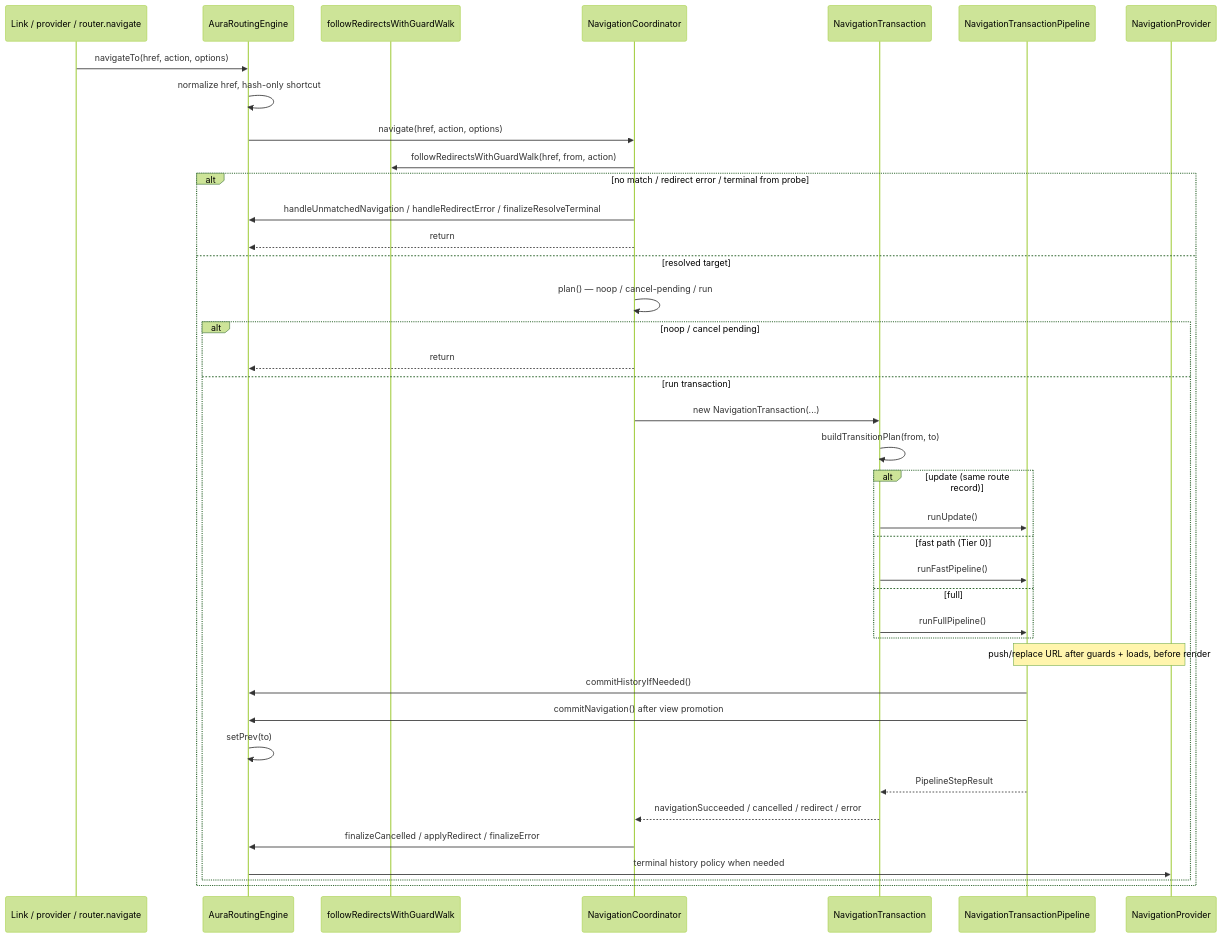
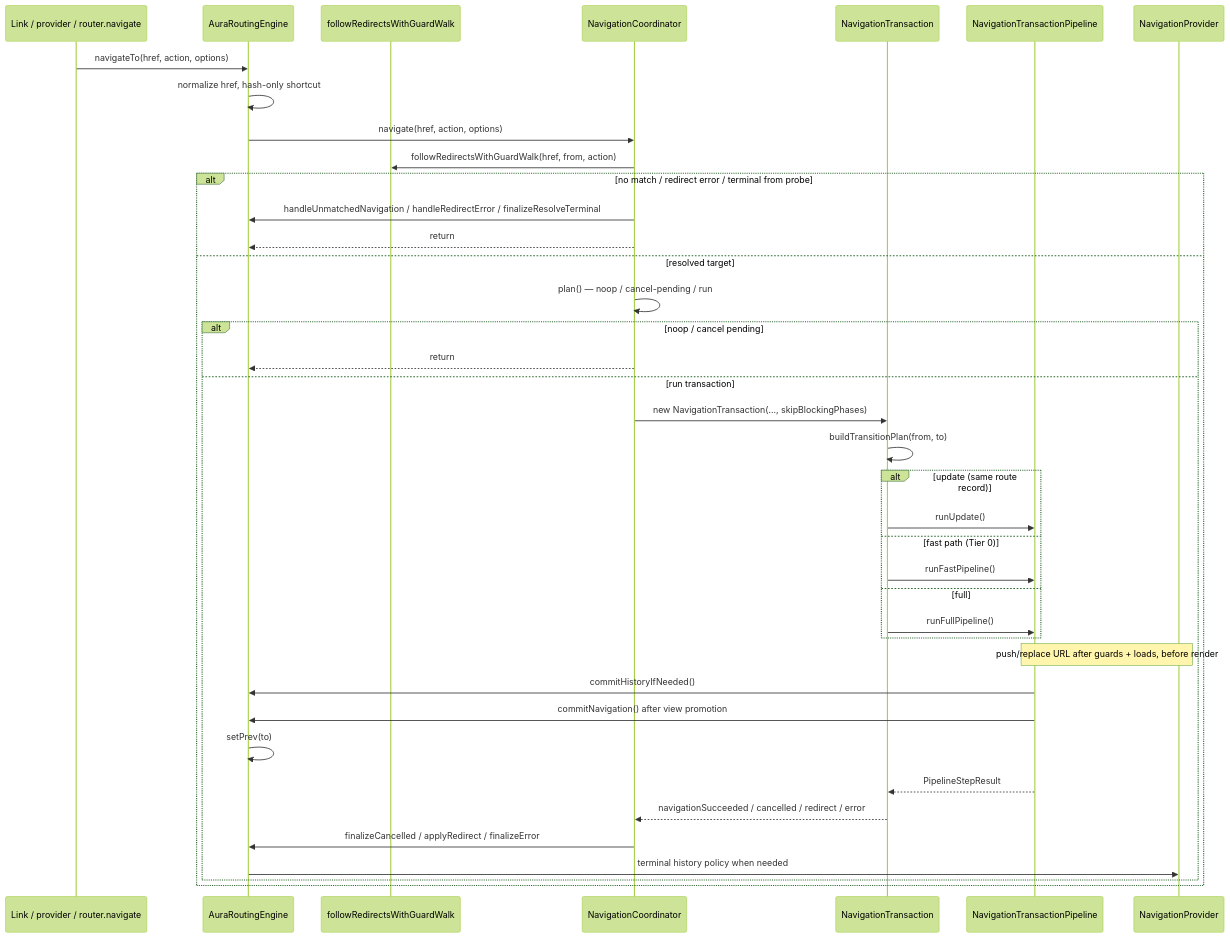
One commit to aura-ui/router changed the diagram in src/modules/aura-routing-engine/core/ARCHITECTURE.md. Above: the diagram before and after it, drawn with Mermaid (forest theme). The commit also changed other lines of this file and 11 other files, not shown here.

Commit message:
fix(redirect): run leave → guard in blocking walk with skipBlockingPhases

````diff
--- a/src/modules/aura-routing-engine/core/ARCHITECTURE.md
+++ b/src/modules/aura-routing-engine/core/ARCHITECTURE.md
@@ -30,42 +30,42 @@
 ```mermaid
 sequenceDiagram
   participant Source as Link / provider / router.navigate
   participant Engine as AuraRoutingEngine
   participant Redirect as followRedirectsWithGuardWalk
   participant Coord as NavigationCoordinator
   participant Tx as NavigationTransaction
   participant Pipeline as NavigationTransactionPipeline
   participant History as NavigationProvider
 
   Source->>Engine: navigateTo(href, action, options)
   Engine->>Engine: normalize href, hash-only shortcut
   Engine->>Coord: navigate(href, action, options)
   Coord->>Redirect: followRedirectsWithGuardWalk(href, from, action)
   alt no match / redirect error / terminal from probe
     Coord->>Engine: handleUnmatchedNavigation / handleRedirectError / finalizeResolveTerminal
     Coord-->>Engine: return
   else resolved target
     Coord->>Coord: plan() — noop / cancel-pending / run
     alt noop / cancel pending
       Coord-->>Engine: return
     else run transaction
-      Coord->>Tx: new NavigationTransaction(...)
+      Coord->>Tx: new NavigationTransaction(..., skipBlockingPhases)
       Tx->>Tx: buildTransitionPlan(from, to)
       alt update (same route record)
         Tx->>Pipeline: runUpdate()
       else fast path (Tier 0)
         Tx->>Pipeline: runFastPipeline()
       else full
         Tx->>Pipeline: runFullPipeline()
       end
       Note over Pipeline,History: push/replace URL after guards + loads, before render
       Pipeline->>Engine: commitHistoryIfNeeded()
       Pipeline->>Engine: commitNavigation() after view promotion
       Engine->>Engine: setPrev(to)
       Pipeline-->>Tx: PipelineStepResult
       Tx-->>Coord: navigationSucceeded / cancelled / redirect / error
       Coord->>Engine: finalizeCancelled / applyRedirect / finalizeError
       Engine->>History: terminal history policy when needed
     end
   end
 ```
````
